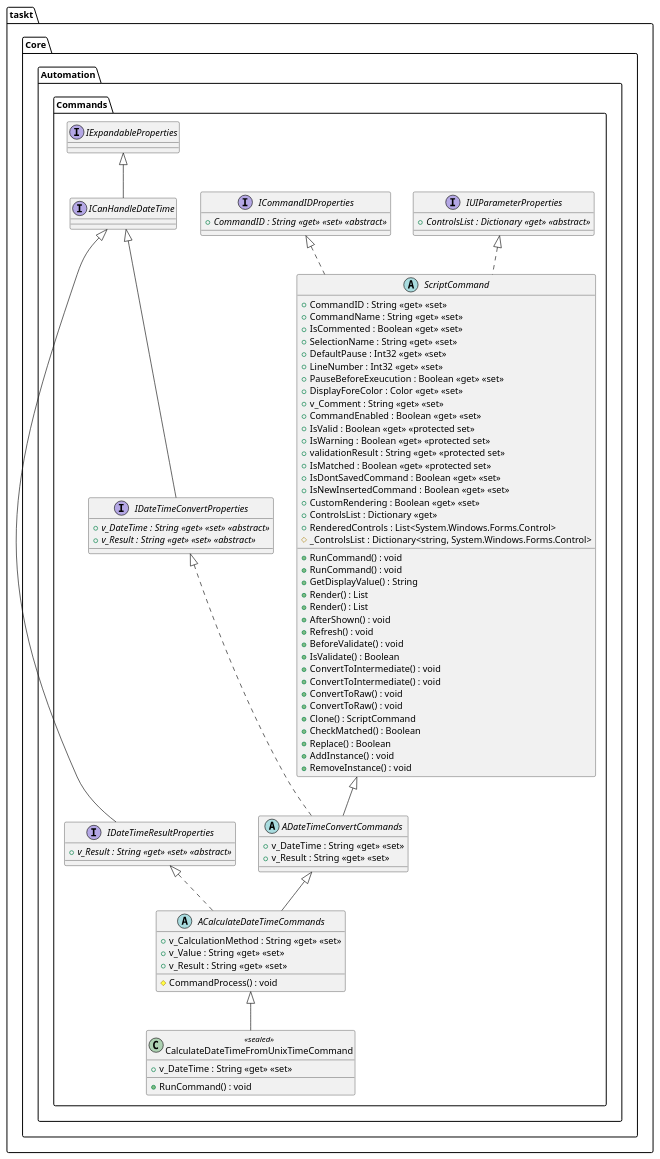
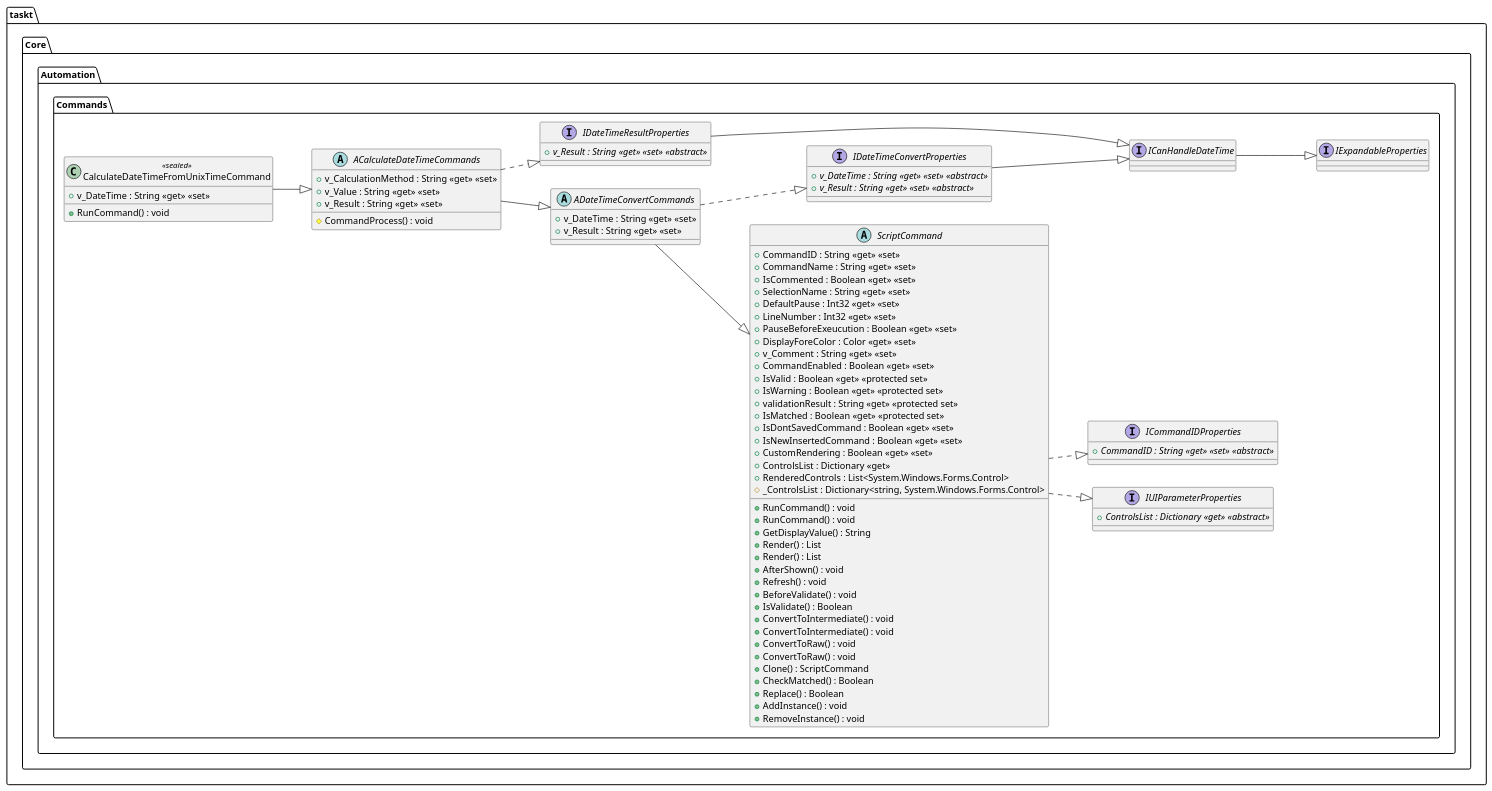
Before and after one commit to saucepleez/taskt: the diagram in taskt/Core/Automation/Commands/DateTimeGroup/CalculateDateTimeFromUnixTimeCommand.puml, drawn with PlantUML. The commit also changed 1201 other files, not shown here.

```diff
--- a/taskt/Core/Automation/Commands/DateTimeGroup/CalculateDateTimeFromUnixTimeCommand.puml
+++ b/taskt/Core/Automation/Commands/DateTimeGroup/CalculateDateTimeFromUnixTimeCommand.puml
@@ -1,114 +1,114 @@
 @startuml
+left to right direction
 package "taskt.Core.Automation.Commands"{
 class "CalculateDateTimeFromUnixTimeCommand" <<sealed>> {
 +RunCommand() : void 
 +v_DateTime : String <<get>> <<set>> 
 }
 }
 
 package "taskt.Core.Automation.Commands"{
 abstract class "ACalculateDateTimeCommands"{
 #CommandProcess() : void 
 +v_CalculationMethod : String <<get>> <<set>> 
 +v_Value : String <<get>> <<set>> 
 +v_Result : String <<get>> <<set>> 
 }
 }
 
 package "taskt.Core.Automation.Commands"{
 abstract class "ADateTimeConvertCommands"{
 +v_DateTime : String <<get>> <<set>> 
 +v_Result : String <<get>> <<set>> 
 }
 }
 
 package "taskt.Core.Automation.Commands"{
 Interface "IDateTimeResultProperties" {
 +{abstract} v_Result : String <<get>> <<set>> <<abstract>> 
 }
 }
 
 package "taskt.Core.Automation.Commands"{
 abstract class "ScriptCommand"{
 +RunCommand() : void 
 +RunCommand() : void 
 +GetDisplayValue() : String
 +Render() : List
 +Render() : List
 +AfterShown() : void 
 +Refresh() : void 
 +BeforeValidate() : void 
 +IsValidate() : Boolean
 +ConvertToIntermediate() : void 
 +ConvertToIntermediate() : void 
 +ConvertToRaw() : void 
 +ConvertToRaw() : void 
 +Clone() : ScriptCommand
 +CheckMatched() : Boolean
 +Replace() : Boolean
 +AddInstance() : void 
 +RemoveInstance() : void 
 +CommandID : String <<get>> <<set>> 
 +CommandName : String <<get>> <<set>> 
 +IsCommented : Boolean <<get>> <<set>> 
 +SelectionName : String <<get>> <<set>> 
 +DefaultPause : Int32 <<get>> <<set>> 
 +LineNumber : Int32 <<get>> <<set>> 
 +PauseBeforeExeucution : Boolean <<get>> <<set>> 
 +DisplayForeColor : Color <<get>> <<set>> 
 +v_Comment : String <<get>> <<set>> 
 +CommandEnabled : Boolean <<get>> <<set>> 
 +IsValid : Boolean <<get>> <<protected set>>
 +IsWarning : Boolean <<get>> <<protected set>>
 +validationResult : String <<get>> <<protected set>>
 +IsMatched : Boolean <<get>> <<protected set>>
 +IsDontSavedCommand : Boolean <<get>> <<set>> 
 +IsNewInsertedCommand : Boolean <<get>> <<set>> 
 +CustomRendering : Boolean <<get>> <<set>> 
 +ControlsList : Dictionary <<get>> 
 +RenderedControls : List<System.Windows.Forms.Control>
 #_ControlsList : Dictionary<string, System.Windows.Forms.Control>
 }
 }
 
 package "taskt.Core.Automation.Commands"{
 Interface "IDateTimeConvertProperties" {
 +{abstract} v_DateTime : String <<get>> <<set>> <<abstract>> 
 +{abstract} v_Result : String <<get>> <<set>> <<abstract>> 
 }
 }
 
 package "taskt.Core.Automation.Commands"{
 Interface "ICanHandleDateTime" {
 }
 }
 
 package "taskt.Core.Automation.Commands"{
 Interface "IUIParameterProperties" {
 +{abstract} ControlsList : Dictionary <<get>> <<abstract>> 
 }
 }
 
 package "taskt.Core.Automation.Commands"{
 Interface "ICommandIDProperties" {
 +{abstract} CommandID : String <<get>> <<set>> <<abstract>> 
 }
 }
 
 package "taskt.Core.Automation.Commands"{
 Interface "IExpandableProperties" {
 }
 }
 
-
-taskt.Core.Automation.Commands.ACalculateDateTimeCommands <|-- taskt.Core.Automation.Commands.CalculateDateTimeFromUnixTimeCommand
-taskt.Core.Automation.Commands.ADateTimeConvertCommands <|-- taskt.Core.Automation.Commands.ACalculateDateTimeCommands
-taskt.Core.Automation.Commands.IDateTimeResultProperties <|.. taskt.Core.Automation.Commands.ACalculateDateTimeCommands
-taskt.Core.Automation.Commands.ScriptCommand <|-- taskt.Core.Automation.Commands.ADateTimeConvertCommands
-taskt.Core.Automation.Commands.IDateTimeConvertProperties <|.. taskt.Core.Automation.Commands.ADateTimeConvertCommands
-taskt.Core.Automation.Commands.ICanHandleDateTime <|-- taskt.Core.Automation.Commands.IDateTimeResultProperties
-taskt.Core.Automation.Commands.IUIParameterProperties <|.. taskt.Core.Automation.Commands.ScriptCommand
-taskt.Core.Automation.Commands.ICommandIDProperties <|.. taskt.Core.Automation.Commands.ScriptCommand
-taskt.Core.Automation.Commands.ICanHandleDateTime <|-- taskt.Core.Automation.Commands.IDateTimeConvertProperties
-taskt.Core.Automation.Commands.IExpandableProperties <|-- taskt.Core.Automation.Commands.ICanHandleDateTime
+taskt.Core.Automation.Commands.CalculateDateTimeFromUnixTimeCommand --|> taskt.Core.Automation.Commands.ACalculateDateTimeCommands
+taskt.Core.Automation.Commands.ACalculateDateTimeCommands --|> taskt.Core.Automation.Commands.ADateTimeConvertCommands
+taskt.Core.Automation.Commands.ACalculateDateTimeCommands ..|> taskt.Core.Automation.Commands.IDateTimeResultProperties
+taskt.Core.Automation.Commands.ADateTimeConvertCommands --|> taskt.Core.Automation.Commands.ScriptCommand
+taskt.Core.Automation.Commands.ADateTimeConvertCommands ..|> taskt.Core.Automation.Commands.IDateTimeConvertProperties
+taskt.Core.Automation.Commands.IDateTimeResultProperties --|> taskt.Core.Automation.Commands.ICanHandleDateTime
+taskt.Core.Automation.Commands.ScriptCommand ..|> taskt.Core.Automation.Commands.IUIParameterProperties
+taskt.Core.Automation.Commands.ScriptCommand ..|> taskt.Core.Automation.Commands.ICommandIDProperties
+taskt.Core.Automation.Commands.IDateTimeConvertProperties --|> taskt.Core.Automation.Commands.ICanHandleDateTime
+taskt.Core.Automation.Commands.ICanHandleDateTime --|> taskt.Core.Automation.Commands.IExpandableProperties
 @enduml
```
